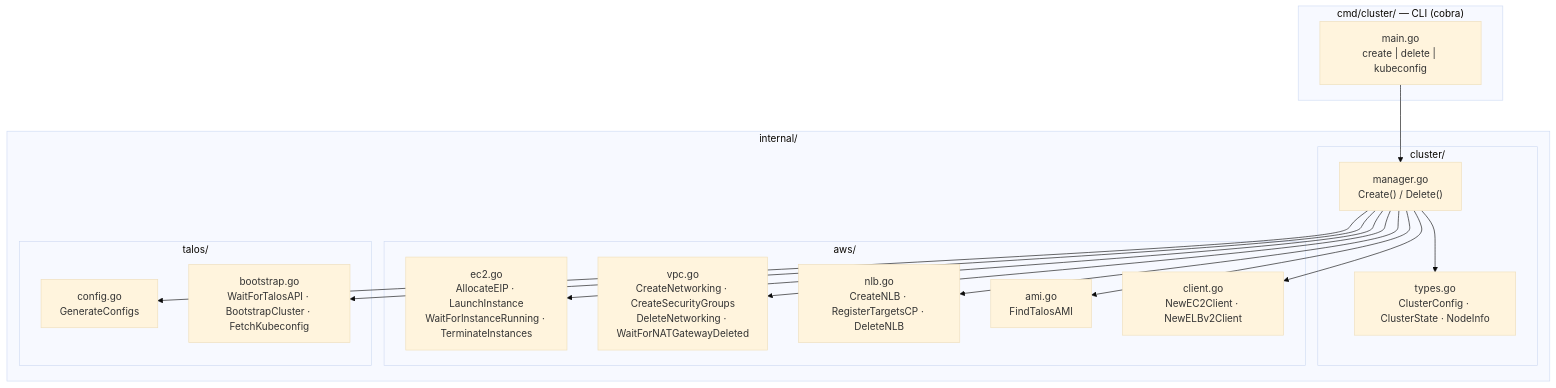
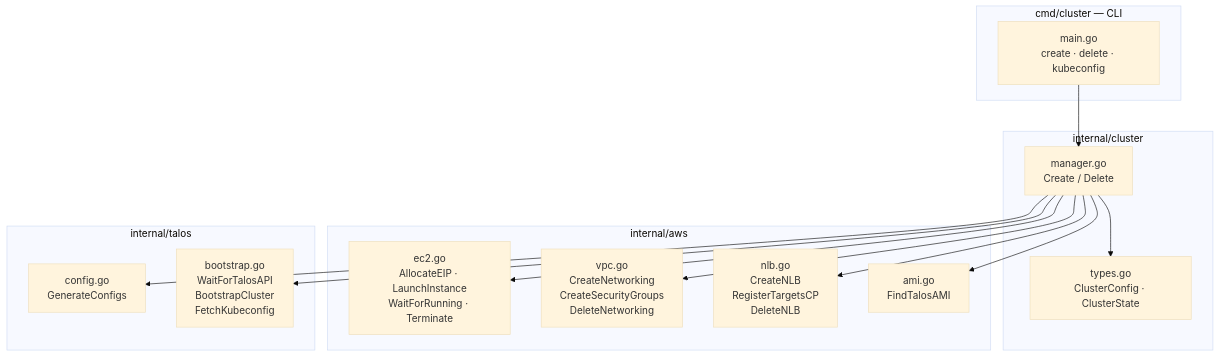
The second of 4 diagrams in docs/architecture.md (k8soneill/k8s-mcp), drawn with Mermaid (base theme) before and after one commit. The commit also changed other lines of this file, not shown here.

Commit message:
Updated mermaid diagram

````diff
--- a/docs/architecture.md
+++ b/docs/architecture.md
@@ -44,36 +49,32 @@
 ```mermaid
 flowchart TB
-    subgraph cmd["cmd/cluster/  —  CLI (cobra)"]
-        CLI["main.go\ncreate | delete | kubeconfig"]
+    subgraph cmd["cmd/cluster — CLI"]
+        CLI["main.go<br/>create · delete · kubeconfig"]
     end
 
-    subgraph internal["internal/"]
-        subgraph cluster["cluster/"]
-            MGR["manager.go\nCreate() / Delete()"]
-            TYPES["types.go\nClusterConfig · ClusterState · NodeInfo"]
-        end
+    subgraph mgmt["internal/cluster"]
+        MGR["manager.go<br/>Create / Delete"]
+        TYPES["types.go<br/>ClusterConfig · ClusterState"]
+    end
 
-        subgraph aws["aws/"]
-            EC2pkg["ec2.go\nAllocateEIP · LaunchInstance\nWaitForInstanceRunning · TerminateInstances"]
-            VPCpkg["vpc.go\nCreateNetworking · CreateSecurityGroups\nDeleteNetworking · WaitForNATGatewayDeleted"]
-            NLBpkg["nlb.go\nCreateNLB · RegisterTargetsCP · DeleteNLB"]
-            AMIpkg["ami.go\nFindTalosAMI"]
-            CLIENTpkg["client.go\nNewEC2Client · NewELBv2Client"]
-        end
+    subgraph awspkg["internal/aws"]
+        EC2F["ec2.go<br/>AllocateEIP · LaunchInstance<br/>WaitForRunning · Terminate"]
+        VPCF["vpc.go<br/>CreateNetworking<br/>CreateSecurityGroups<br/>DeleteNetworking"]
+        NLBF["nlb.go<br/>CreateNLB<br/>RegisterTargetsCP<br/>DeleteNLB"]
+        AMIF["ami.go<br/>FindTalosAMI"]
+    end
 
-        subgraph talos["talos/"]
-            CFGpkg["config.go\nGenerateConfigs"]
-            BOOTpkg["bootstrap.go\nWaitForTalosAPI · BootstrapCluster · FetchKubeconfig"]
-        end
+    subgraph talpkg["internal/talos"]
+        CFGF["config.go<br/>GenerateConfigs"]
+        BOOTF["bootstrap.go<br/>WaitForTalosAPI<br/>BootstrapCluster<br/>FetchKubeconfig"]
     end
 
     CLI --> MGR
     MGR --> TYPES
-    MGR --> EC2pkg
-    MGR --> VPCpkg
-    MGR --> NLBpkg
-    MGR --> AMIpkg
-    MGR --> CLIENTpkg
-    MGR --> CFGpkg
-    MGR --> BOOTpkg
+    MGR --> EC2F
+    MGR --> VPCF
+    MGR --> NLBF
+    MGR --> AMIF
+    MGR --> CFGF
+    MGR --> BOOTF
 ```
````
